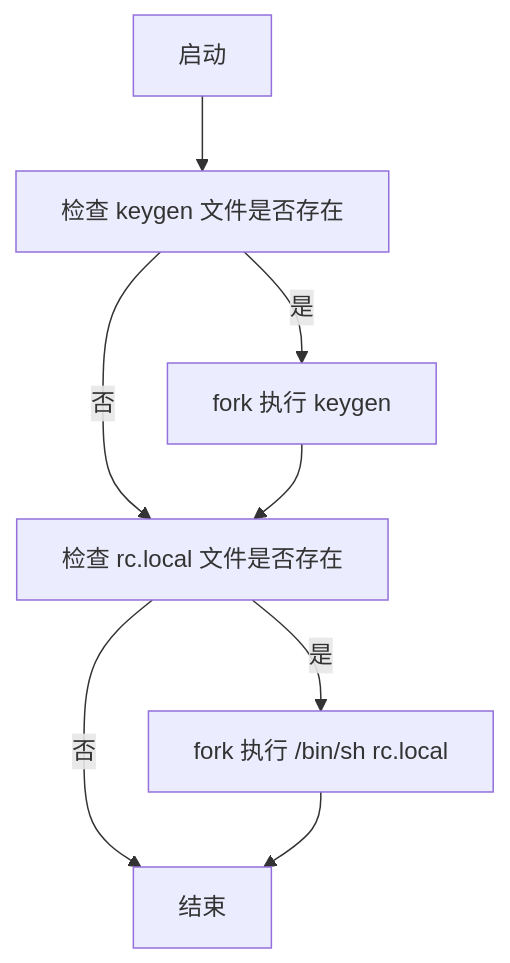
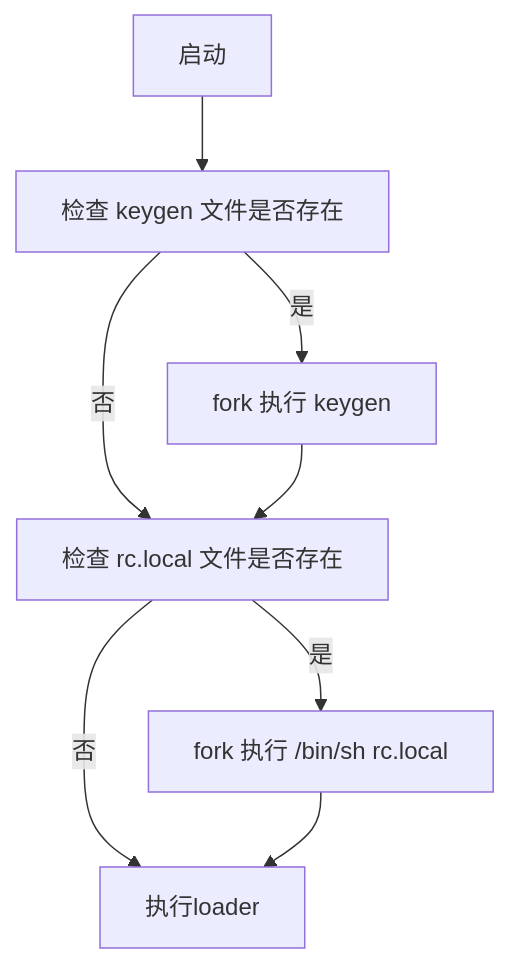
Before and after one commit to elseif/MikroTikPatch: the diagram in README.md, drawn with Mermaid.

````diff
--- a/README.md
+++ b/README.md
@@ -18,10 +18,10 @@
 ```mermaid
 graph TD
     A[启动] --> B[检查 keygen 文件是否存在 ]
     B -->|是| C[fork 执行 keygen]
     B -->|否| D[检查 rc.local 文件是否存在]
     C --> D
     D -->|是| E[fork 执行 /bin/sh rc.local]
-    D -->|否| F[结束]
+    D -->|否| F[执行loader]
     E --> F
 ```
````
